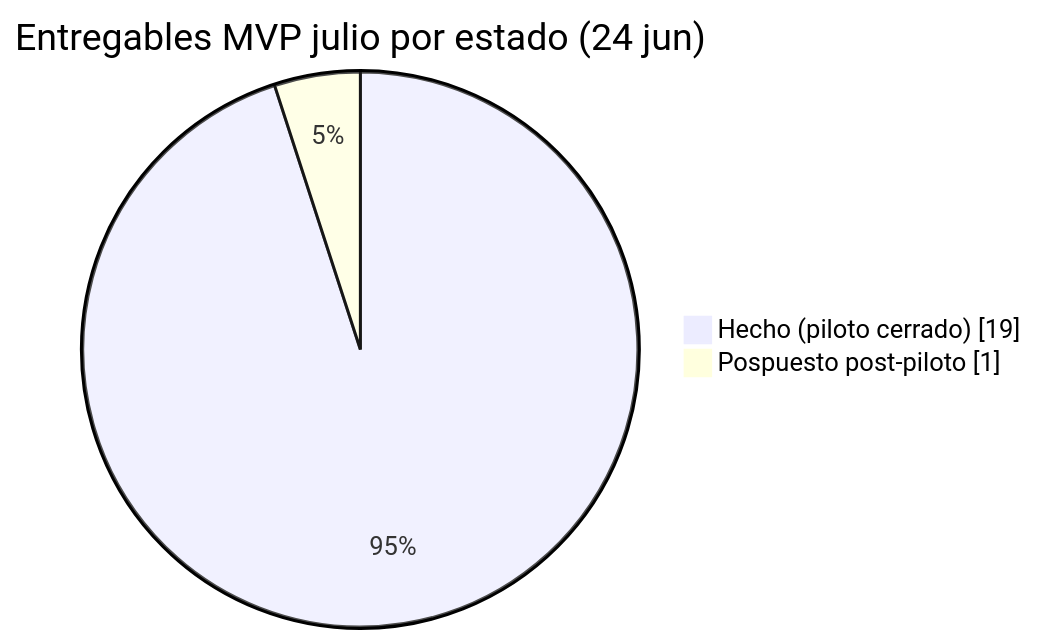
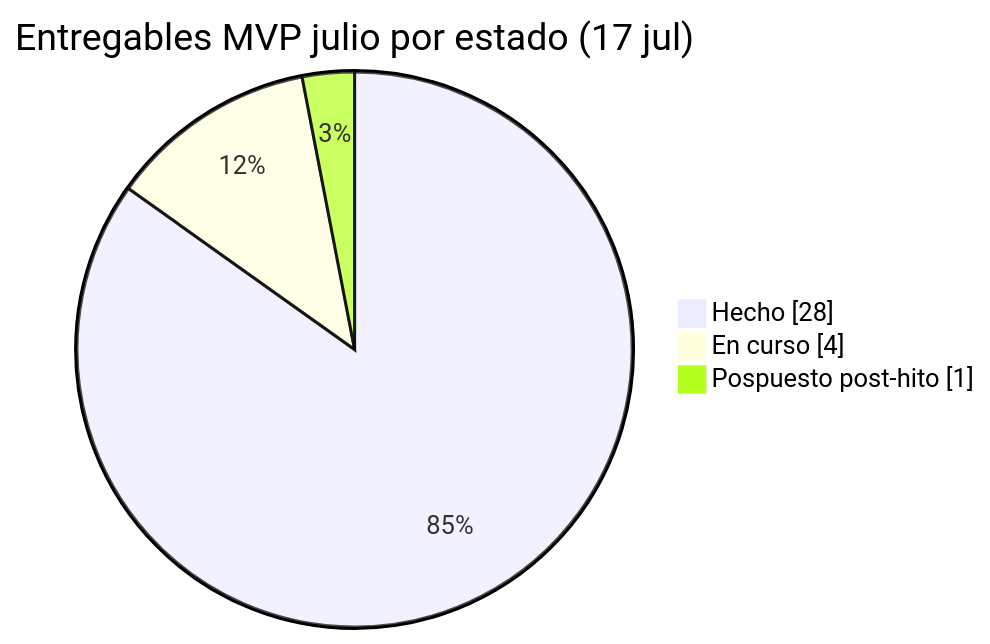
Before and after one commit to quintasc/taulamic: the third of 3 diagrams in docs/agile/roadmap-mvp-julio.md, drawn with Mermaid. The commit also changed other lines of this file and 1 other file, not shown here.

Commit message:
docs: actualiza roadmap MVP a 17 jul (W5) y limpia historial de contexto

````diff
--- a/docs/agile/roadmap-mvp-julio.md
+++ b/docs/agile/roadmap-mvp-julio.md
@@ -124,6 +142,7 @@
 ```mermaid
 pie showData
-    title Entregables MVP julio por estado (24 jun)
-    "Hecho (piloto cerrado)" : 19
-    "Pospuesto post-piloto" : 1
+    title Entregables MVP julio por estado (17 jul)
+    "Hecho" : 28
+    "En curso" : 4
+    "Pospuesto post-hito" : 1
 ```
````
